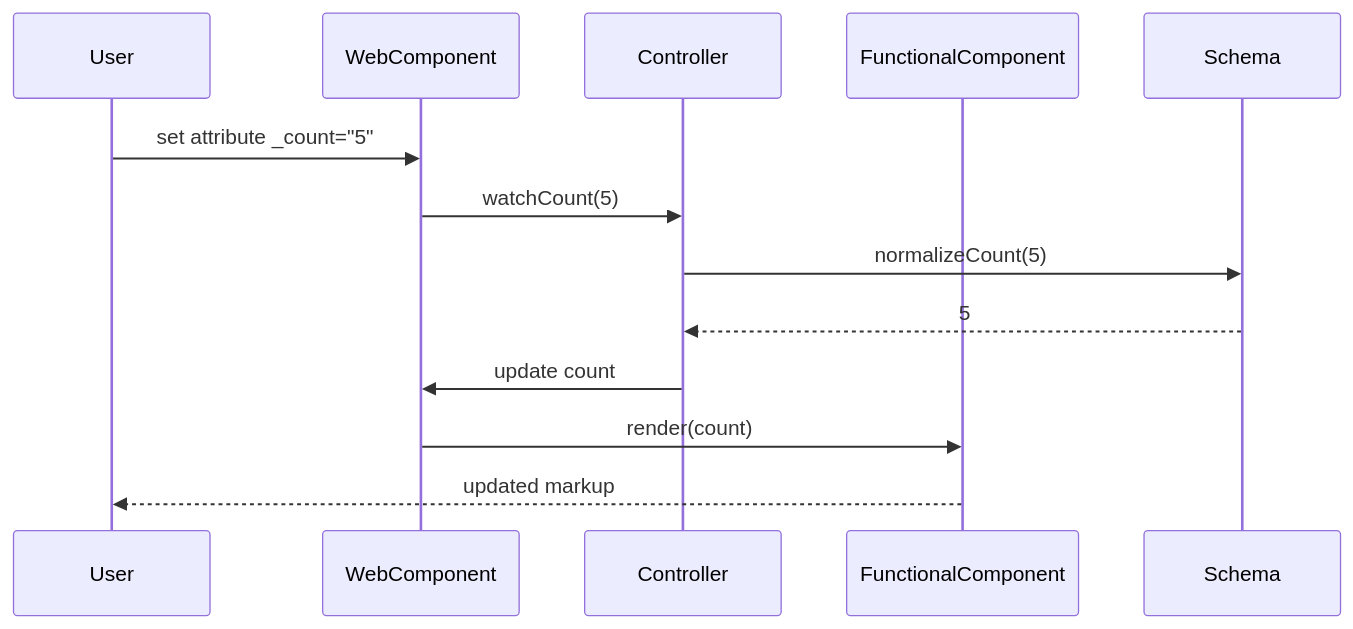
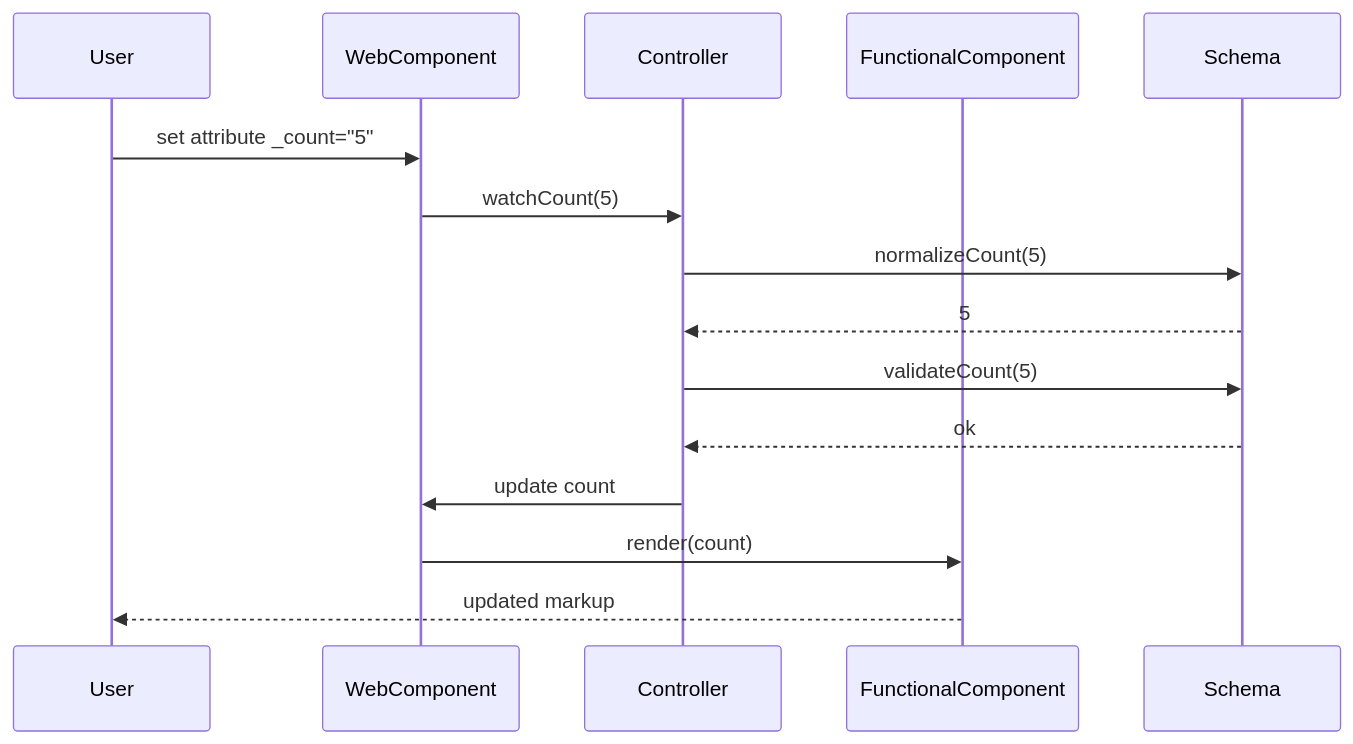
Before and after one commit to public-ui/kolibri: the third of 3 diagrams in packages/components/src/components/_skeleton/ARC42.md, drawn with Mermaid. The commit also changed other lines of this file, not shown here.

Commit message:
docs: illustrate validation in skeleton runtime view

````diff
--- a/packages/components/src/components/_skeleton/ARC42.md
+++ b/packages/components/src/components/_skeleton/ARC42.md
@@ -94,15 +94,17 @@
 ```mermaid
 sequenceDiagram
     participant U as User
     participant WC as WebComponent
     participant CTRL as Controller
     participant FC as FunctionalComponent
     participant S as Schema
     U->>WC: set attribute _count="5"
     WC->>CTRL: watchCount(5)
     CTRL->>S: normalizeCount(5)
     S-->>CTRL: 5
+    CTRL->>S: validateCount(5)
+    S-->>CTRL: ok
     CTRL->>WC: update count
     WC->>FC: render(count)
     FC-->>U: updated markup
 ```
````
